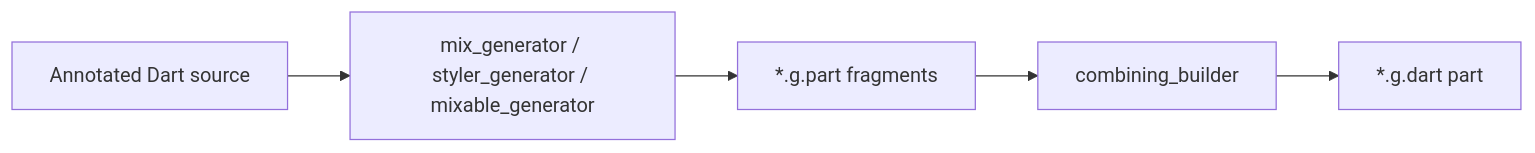
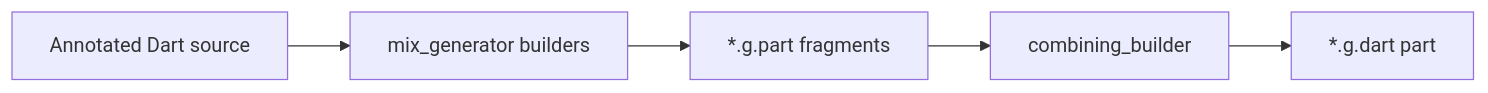
One commit to btwld/mix-docs changed the diagram in src/content/documentation/mix/ecosystem/mix-generator.mdx. Above: the diagram before and after it, drawn with Mermaid. The commit also changed other lines of this file and 6 other files, not shown here.

````diff
--- a/src/content/documentation/mix/ecosystem/mix-generator.mdx
+++ b/src/content/documentation/mix/ecosystem/mix-generator.mdx
@@ -24,7 +27,7 @@
 ```mermaid
 flowchart LR
-  A["Annotated Dart source"] --> B["mix_generator / styler_generator / mixable_generator"]
+  A["Annotated Dart source"] --> B["mix_generator builders"]
   B --> C["*.g.part fragments"]
   C --> D["combining_builder"]
   D --> E["*.g.dart part"]
 ```
````
